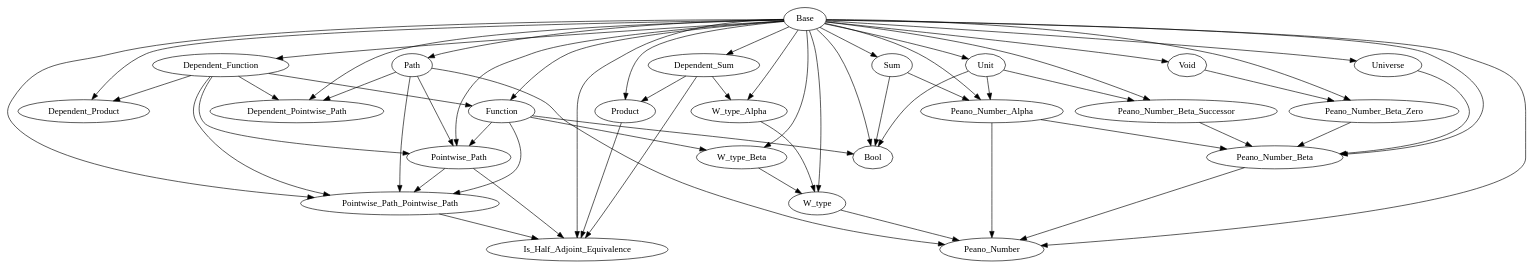
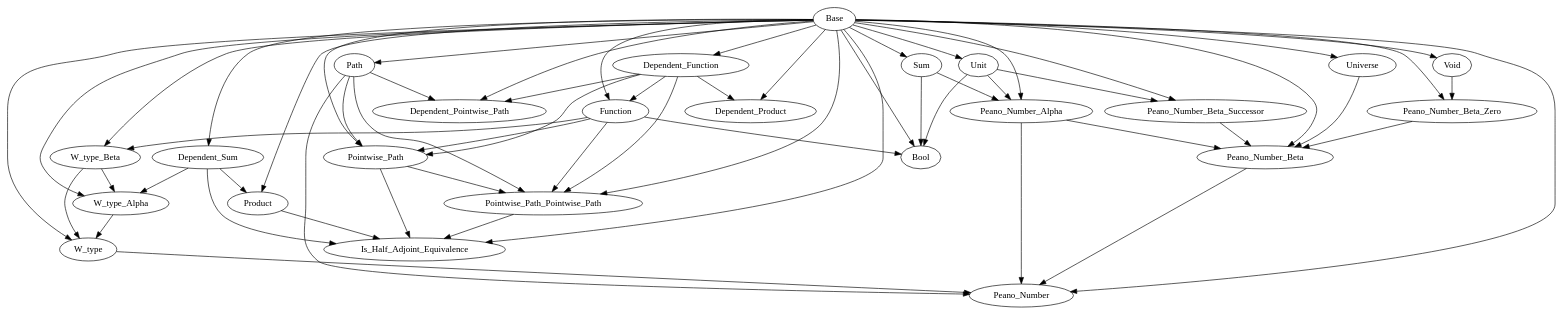
One commit to Hexirp/googology-in-coq changed the diagram in libraries/dependencies.gv. Above: the diagram before and after it, drawn with Graphviz. The commit also changed 4 other files, not shown here.

First line of the commit message:
Update: W_type_Alpha の中で W_type_Beta を使う

```diff
--- a/libraries/dependencies.gv
+++ b/libraries/dependencies.gv
@@ -1,84 +1,85 @@
 digraph Dependencies {
   # Base
   # Dependent_Function
   "Base" -> "Dependent_Function";
   # Function
   "Base" -> "Function";
   "Dependent_Function" -> "Function";
   # Dependent_Product
   "Base" -> "Dependent_Product";
   "Dependent_Function" -> "Dependent_Product";
   # Dependent_Sum
   "Base" -> "Dependent_Sum";
   # Product
   "Base" -> "Product";
   "Dependent_Sum" -> "Product";
   # Sum
   "Base" -> "Sum";
   # Unit
   "Base" -> "Unit";
   # Void
   "Base" -> "Void";
+  # W_type_Beta
+  "Base" -> "W_type_Beta";
+  "Function" -> "W_type_Beta";
   # W_type_Alpha
   "Base" -> "W_type_Alpha";
   "Dependent_Sum" -> "W_type_Alpha";
-  # W_type_Beta
-  "Base" -> "W_type_Beta";
-  "Function" -> "W_type_Beta";
+  "W_type_Beta" -> "W_type_Alpha";
   # W_type
   "Base" -> "W_type";
   "W_type_Alpha" -> "W_type";
   "W_type_Beta" -> "W_type";
   # Universe
   "Base" -> "Universe";
   # Path
   "Base" -> "Path";
   # Dependent_Pointwise_Path
   "Base" -> "Dependent_Pointwise_Path";
   "Dependent_Function" -> "Dependent_Pointwise_Path";
   "Path" -> "Dependent_Pointwise_Path";
   # Pointwise_Path
   "Base" -> "Pointwise_Path";
   "Dependent_Function" -> "Pointwise_Path";
   "Function" -> "Pointwise_Path";
   "Path" -> "Pointwise_Path";
   # Pointwise_Path_Pointwise_Path
   "Base" -> "Pointwise_Path_Pointwise_Path";
   "Dependent_Function" -> "Pointwise_Path_Pointwise_Path";
   "Function" -> "Pointwise_Path_Pointwise_Path";
   "Path" -> "Pointwise_Path_Pointwise_Path";
   "Pointwise_Path" -> "Pointwise_Path_Pointwise_Path";
   # Is_Half_Adjoint_Equivalence
   "Base" -> "Is_Half_Adjoint_Equivalence";
   "Dependent_Sum" -> "Is_Half_Adjoint_Equivalence";
   "Product" -> "Is_Half_Adjoint_Equivalence";
   "Pointwise_Path" -> "Is_Half_Adjoint_Equivalence";
   "Pointwise_Path_Pointwise_Path" -> "Is_Half_Adjoint_Equivalence";
   # Bool
   "Base" -> "Bool";
   "Function" -> "Bool";
   "Sum" -> "Bool";
   "Unit" -> "Bool";
   # Peano_Number_Alpha
   "Base" -> "Peano_Number_Alpha";
   "Sum" -> "Peano_Number_Alpha";
   "Unit" -> "Peano_Number_Alpha";
   # Peano_Number_Beta_Zero
   "Base" -> "Peano_Number_Beta_Zero";
   "Void" -> "Peano_Number_Beta_Zero";
   # Peano_Number_Beta_Successor
   "Base" -> "Peano_Number_Beta_Successor";
   "Unit" -> "Peano_Number_Beta_Successor";
   # Peano_Number_Beta
   "Base" -> "Peano_Number_Beta";
   "Universe" -> "Peano_Number_Beta";
   "Peano_Number_Alpha" -> "Peano_Number_Beta";
   "Peano_Number_Beta_Zero" -> "Peano_Number_Beta";
   "Peano_Number_Beta_Successor" -> "Peano_Number_Beta";
   # Peano_Number
   "Base" -> "Peano_Number";
   "W_type" -> "Peano_Number";
   "Path" -> "Peano_Number";
   "Peano_Number_Alpha" -> "Peano_Number";
   "Peano_Number_Beta" -> "Peano_Number";
 }
```
